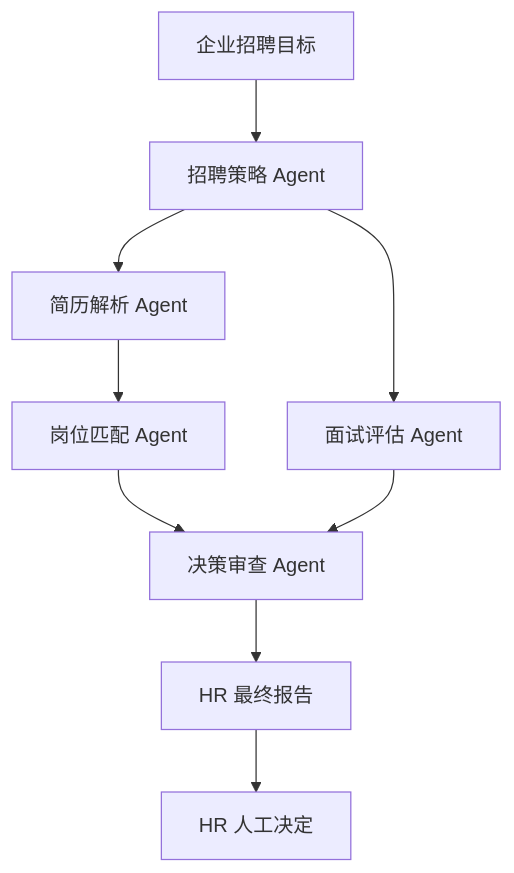
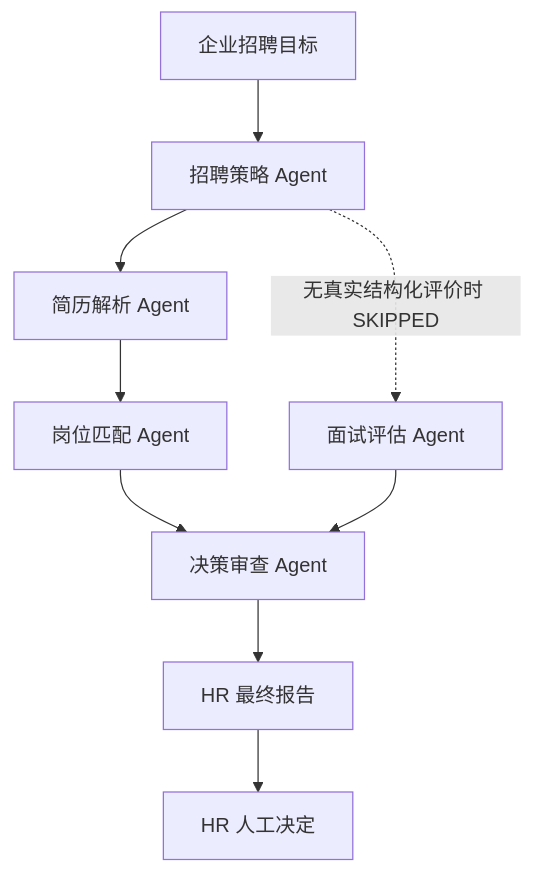
Before and after one commit to shmzl1/workspace-core: the second of 4 diagrams in docs/架构设计.md, drawn with Mermaid. The commit also changed other lines of this file and 28 other files, not shown here.

````diff
--- a/docs/架构设计.md
+++ b/docs/架构设计.md
@@ -61,11 +61,11 @@
 ```mermaid
 flowchart TB
     Goal[企业招聘目标] --> Strategy[招聘策略 Agent]
     Strategy --> Resume[简历解析 Agent]
     Resume --> Match[岗位匹配 Agent]
-    Strategy --> Interview[面试评估 Agent]
+    Strategy -. 无真实结构化评价时 SKIPPED .-> Interview[面试评估 Agent]
     Match --> Review[决策审查 Agent]
     Interview --> Review
     Review --> Report[HR 最终报告]
     Report --> HumanDecision[HR 人工决定]
 ```
````
